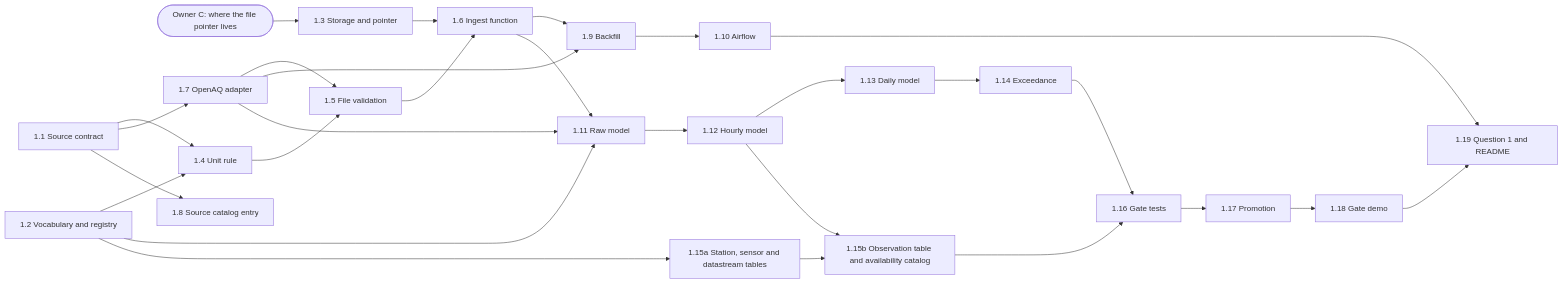
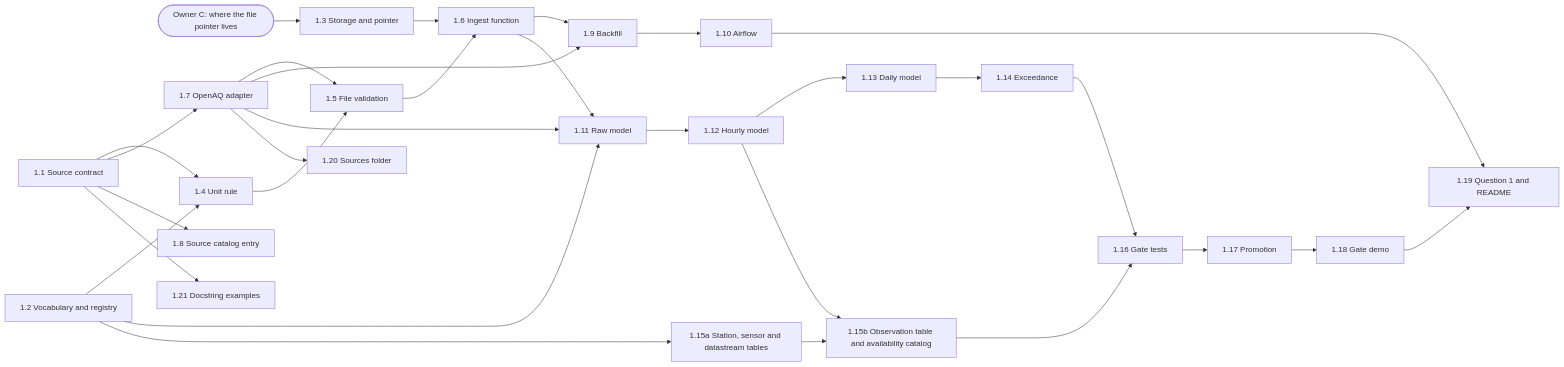
Before and after one commit to ShreyNiraula/air-quality-lakehouse: the second of 6 diagrams in ROADMAP.md, drawn with Mermaid. The commit also changed other lines of this file, not shown here.

Commit message:
Add roadmap tasks 1.20 (sources folder) and 1.21 (docstring examples)

````diff
--- a/ROADMAP.md
+++ b/ROADMAP.md
@@ -105,51 +105,55 @@
 ```mermaid
 flowchart LR
   oC(["Owner C: where the file pointer lives"])
   t1_1["1.1 Source contract"]
   t1_2["1.2 Vocabulary and registry"]
   t1_3["1.3 Storage and pointer"]
   t1_4["1.4 Unit rule"]
   t1_5["1.5 File validation"]
   t1_6["1.6 Ingest function"]
   t1_7["1.7 OpenAQ adapter"]
   t1_8["1.8 Source catalog entry"]
   t1_9["1.9 Backfill"]
   t1_10["1.10 Airflow"]
   t1_11["1.11 Raw model"]
   t1_12["1.12 Hourly model"]
   t1_13["1.13 Daily model"]
   t1_14["1.14 Exceedance"]
   t1_15a["1.15a Station, sensor and datastream tables"]
   t1_15b["1.15b Observation table and availability catalog"]
   t1_16["1.16 Gate tests"]
   t1_17["1.17 Promotion"]
   t1_18["1.18 Gate demo"]
   t1_19["1.19 Question 1 and README"]
+  t1_20["1.20 Sources folder"]
+  t1_21["1.21 Docstring examples"]
   oC --> t1_3
   t1_1 --> t1_4
   t1_2 --> t1_4
   t1_4 --> t1_5
   t1_7 --> t1_5
   t1_3 --> t1_6
   t1_5 --> t1_6
   t1_1 --> t1_7
   t1_1 --> t1_8
   t1_6 --> t1_9
   t1_7 --> t1_9
   t1_9 --> t1_10
   t1_2 --> t1_11
   t1_6 --> t1_11
   t1_7 --> t1_11
   t1_11 --> t1_12
   t1_12 --> t1_13
   t1_13 --> t1_14
   t1_2 --> t1_15a
   t1_12 --> t1_15b
   t1_15a --> t1_15b
   t1_14 --> t1_16
   t1_15b --> t1_16
   t1_16 --> t1_17
   t1_17 --> t1_18
   t1_10 --> t1_19
   t1_18 --> t1_19
+  t1_7 --> t1_20
+  t1_1 --> t1_21
 ```
````
